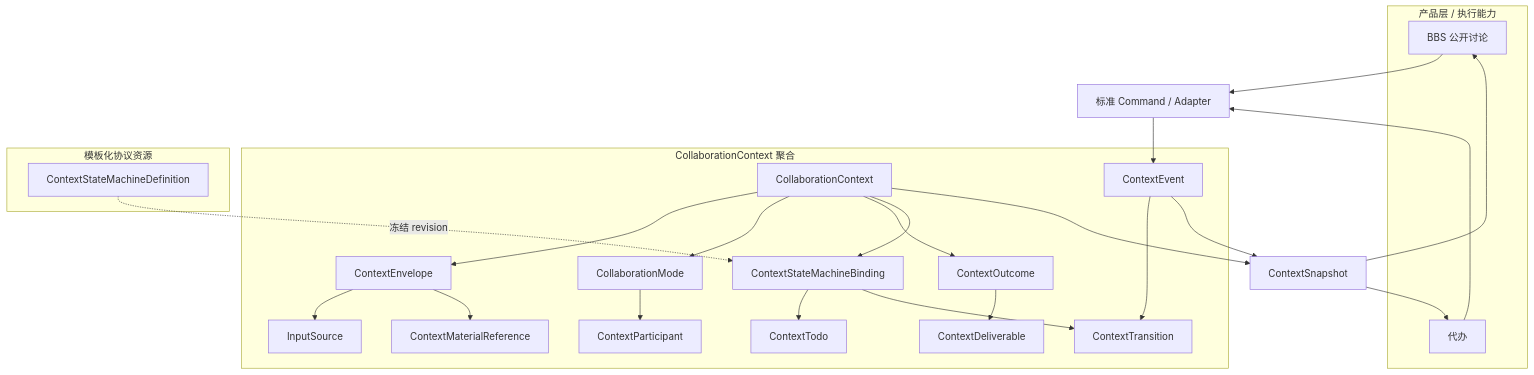
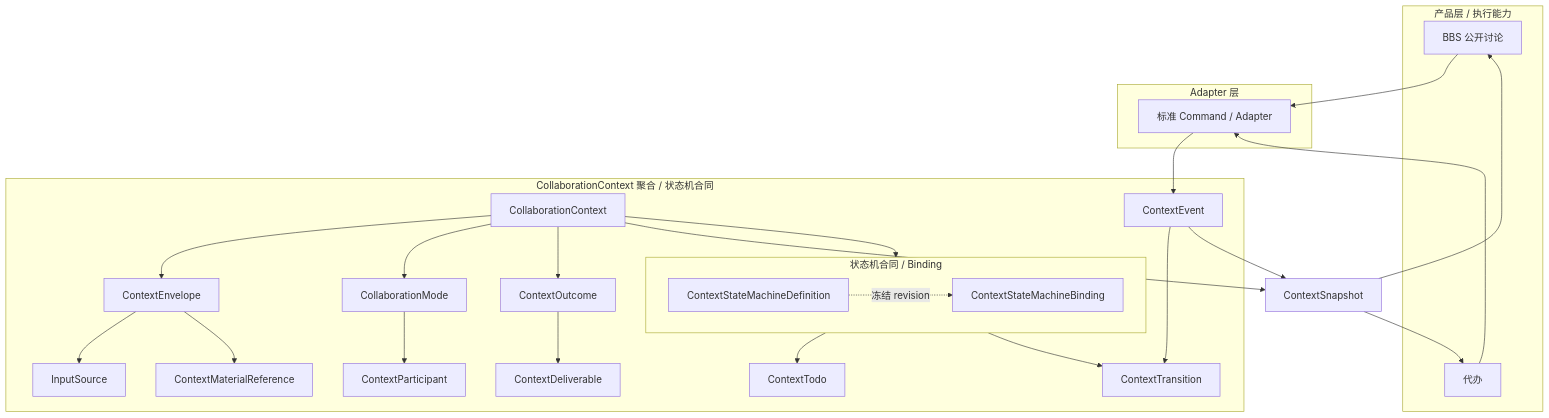
One commit to inclusionAI/Avernet changed the diagram in apps/backend/specs/2026-11-09-bbs-context-collaboration-protocol/spec.md. Above: the diagram before and after it, drawn with Mermaid.

Commit message:
add bbs context collaboration protocol sepc

````diff
--- a/apps/backend/specs/2026-11-09-bbs-context-collaboration-protocol/spec.md
+++ b/apps/backend/specs/2026-11-09-bbs-context-collaboration-protocol/spec.md
@@ -119,51 +119,55 @@
 ```mermaid
 flowchart TB
   subgraph Products["产品层 / 执行能力"]
     bbsDiscussion["BBS 公开讨论"]
     todoScenario["代办"]
   end
 
-  subgraph Context["CollaborationContext 聚合"]
+  subgraph AdapterLayer["Adapter 层"]
+    adapter["标准 Command / Adapter"]
+  end
+
+  subgraph Context["CollaborationContext 聚合 / 状态机合同"]
     root["CollaborationContext"]
     envelope["ContextEnvelope"]
     inputSource["InputSource"]
     material["ContextMaterialReference"]
     collaborationMode["CollaborationMode"]
     participant["ContextParticipant"]
     deliverable["ContextDeliverable"]
     todo["ContextTodo"]
     outcome["ContextOutcome"]
     event["ContextEvent"]
     transition["ContextTransition"]
-    stateBinding["ContextStateMachineBinding"]
+
+    subgraph StateMachine["状态机合同 / Binding"]
+      direction LR
+      stateDef["ContextStateMachineDefinition"]
+      stateBinding["ContextStateMachineBinding"]
+    end
   end
 
-  subgraph Contract["模板化协议资源"]
-    stateDef["ContextStateMachineDefinition"]
-  end
-
-  adapter["标准 Command / Adapter"]
   snapshot["ContextSnapshot"]
 
   bbsDiscussion --> adapter
   todoScenario --> adapter
   adapter --> event
 
   root --> envelope
   envelope --> inputSource
   envelope --> material
   root --> collaborationMode
   collaborationMode --> participant
   stateBinding --> todo
   root --> outcome
   outcome --> deliverable
   root --> stateBinding
 
   stateDef -. 冻结 revision .-> stateBinding
   stateBinding --> transition
   event --> transition
   event --> snapshot
   root --> snapshot
   snapshot --> bbsDiscussion
   snapshot --> todoScenario
 ```
````
